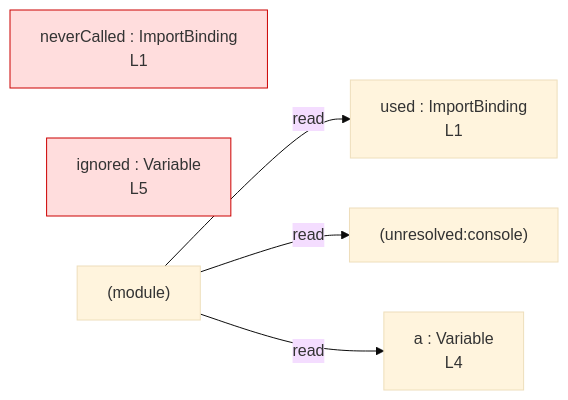
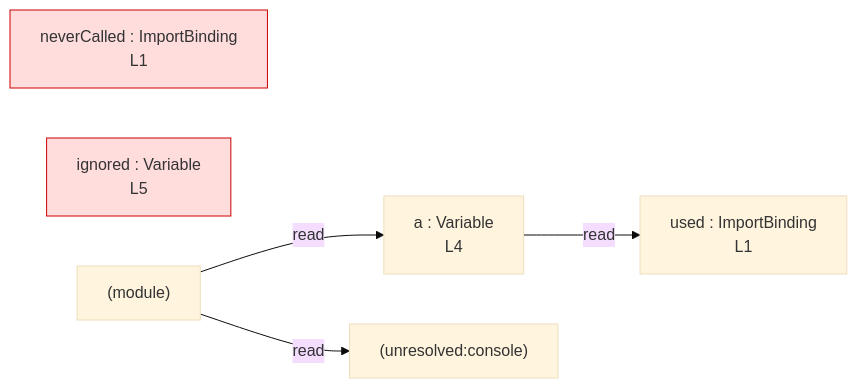
One commit to crescware/unsnarl changed the diagram in integration/fixtures/unused-and-var/preview.md. Above: the diagram before and after it, drawn with Mermaid (base theme). The commit also changed 38 other files, not shown here.

First line of the commit message:
feat: route Mermaid edges through the initialized variable (owner)

````diff
--- a/integration/fixtures/unused-and-var/preview.md
+++ b/integration/fixtures/unused-and-var/preview.md
@@ -17,15 +17,15 @@
 ```mermaid
 flowchart LR
   n_scope_0_used_9["used : ImportBinding\nL1"]
   n_scope_0_neverCalled_15["neverCalled : ImportBinding\nL1"]
   n_scope_0_a_67["a : Variable\nL4"]
   n_scope_0_ignored_83["ignored : Variable\nL5"]
   n_scope_0_console_98["(unresolved:console)"]
-  module_root -->|read| n_scope_0_used_9
+  n_scope_0_a_67 -->|read| n_scope_0_used_9
   module_root -->|read| n_scope_0_console_98
   module_root -->|read| n_scope_0_a_67
   module_root["(module)"]
   classDef unused fill:#fdd,stroke:#c00;
   class n_scope_0_neverCalled_15 unused;
   class n_scope_0_ignored_83 unused;
 ```
````
